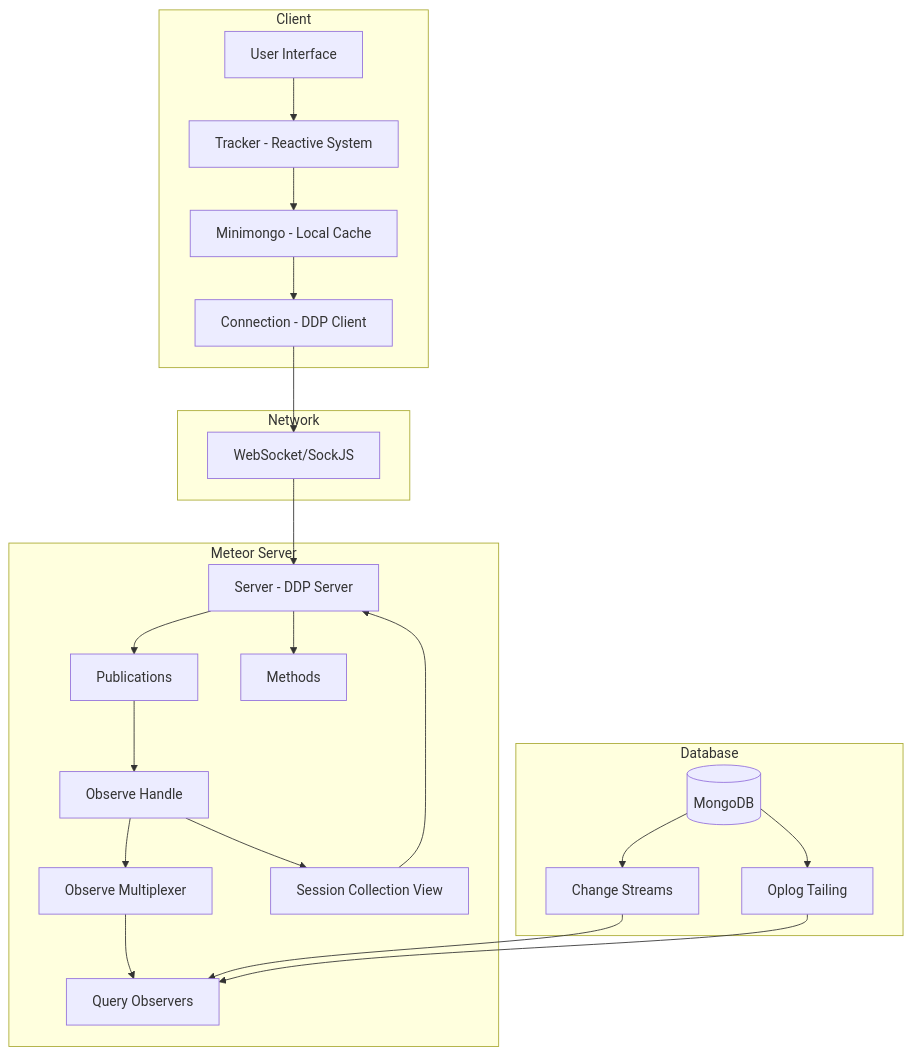
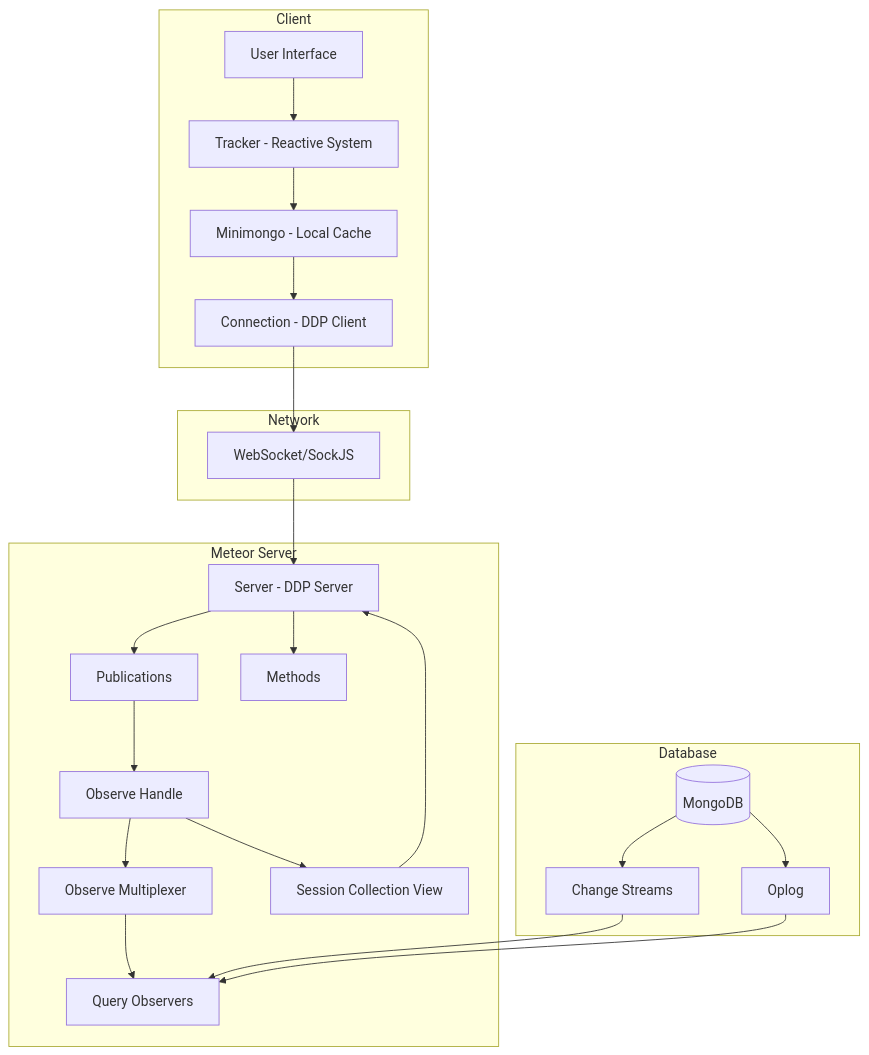
One commit to italojs/ddp-blog-post changed the first of 15 diagrams in readme.md. Above: the diagram before and after it, drawn with Mermaid. The commit also changed other lines of this file, not shown here.

````diff
--- a/readme.md
+++ b/readme.md
@@ -11,47 +11,47 @@
 ```mermaid
 graph TB
     subgraph "Client"
         UI[User Interface]
         Tracker[Tracker - Reactive System]
         Minimongo[Minimongo - Local Cache]
         Connection[Connection - DDP Client]
     end
     
     subgraph "Network"
         WebSocket[WebSocket/SockJS]
     end
     
     subgraph "Meteor Server"
         Server[Server - DDP Server]
         Publications[Publications]
         ObserveHandle[Observe Handle]
         ObserveMultiplexer[Observe Multiplexer]
         Observers[Query Observers]
         SessionCollectionView[Session Collection View]
         Methods[Methods]
     end
     
     subgraph "Database"
         MongoDB[(MongoDB)]
         ChangeStreams[Change Streams]
-        Oplog[Oplog Tailing]
+        Oplog[Oplog]
     end
     
     UI --> Tracker
     Tracker --> Minimongo
     Minimongo --> Connection
     Connection --> WebSocket
     WebSocket --> Server
     Server --> Publications
     Server --> Methods
     Publications --> ObserveHandle
     ObserveHandle --> ObserveMultiplexer
     ObserveMultiplexer --> Observers
     ObserveHandle --> SessionCollectionView
     SessionCollectionView --> Server
     
     MongoDB --> ChangeStreams
     MongoDB --> Oplog
     ChangeStreams --> Observers
     Oplog --> Observers
 ```
````
